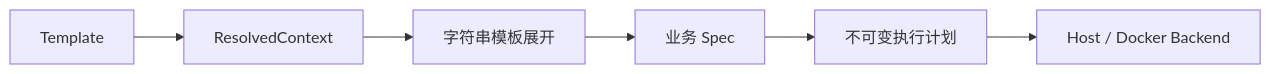
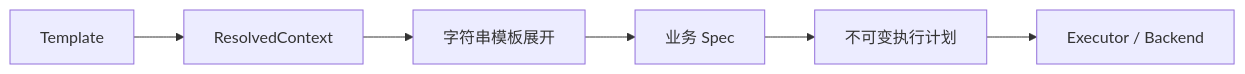
The second of 2 diagrams in docs/architecture.md (zz990099/Rigyard), drawn with Mermaid before and after one commit. The commit also changed other lines of this file and 23 other files, not shown here.

````diff
--- a/docs/architecture.md
+++ b/docs/architecture.md
@@ -37,8 +37,8 @@
 ```mermaid
 flowchart LR
     A[Template] --> B[ResolvedContext]
     B --> C[字符串模板展开]
     C --> D[业务 Spec]
     D --> E[不可变执行计划]
-    E --> F[Host / Docker Backend]
+    E --> F[Executor / Backend]
 ```
````
